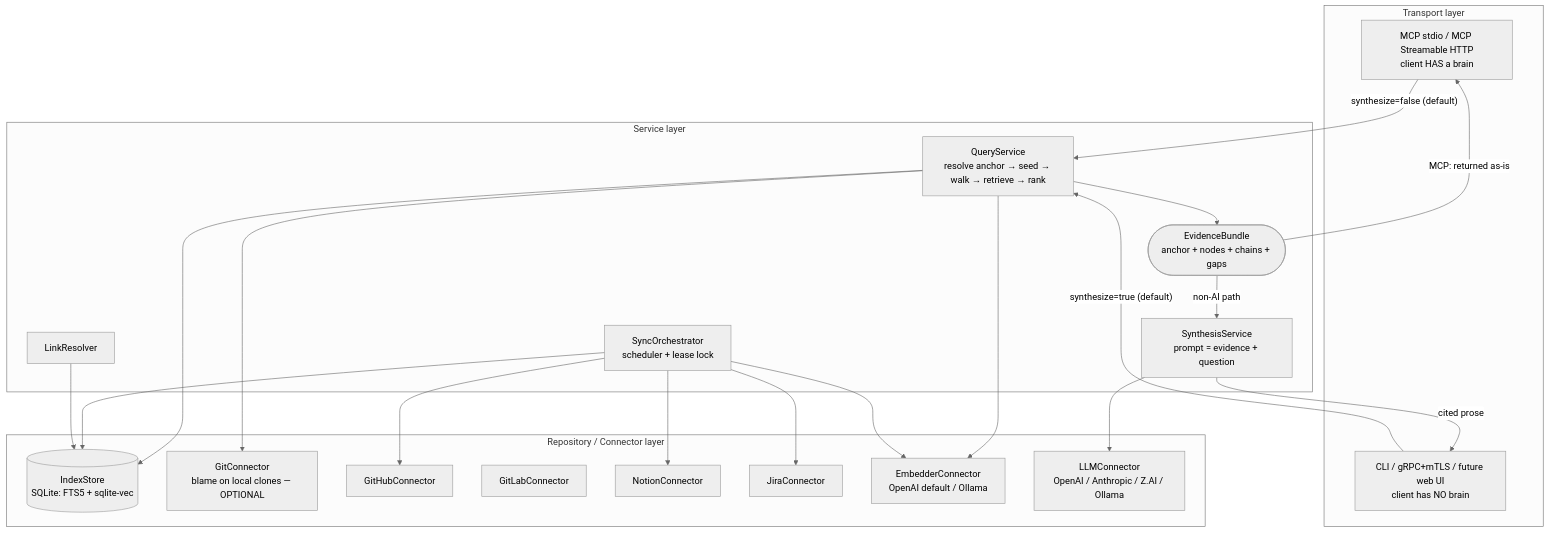
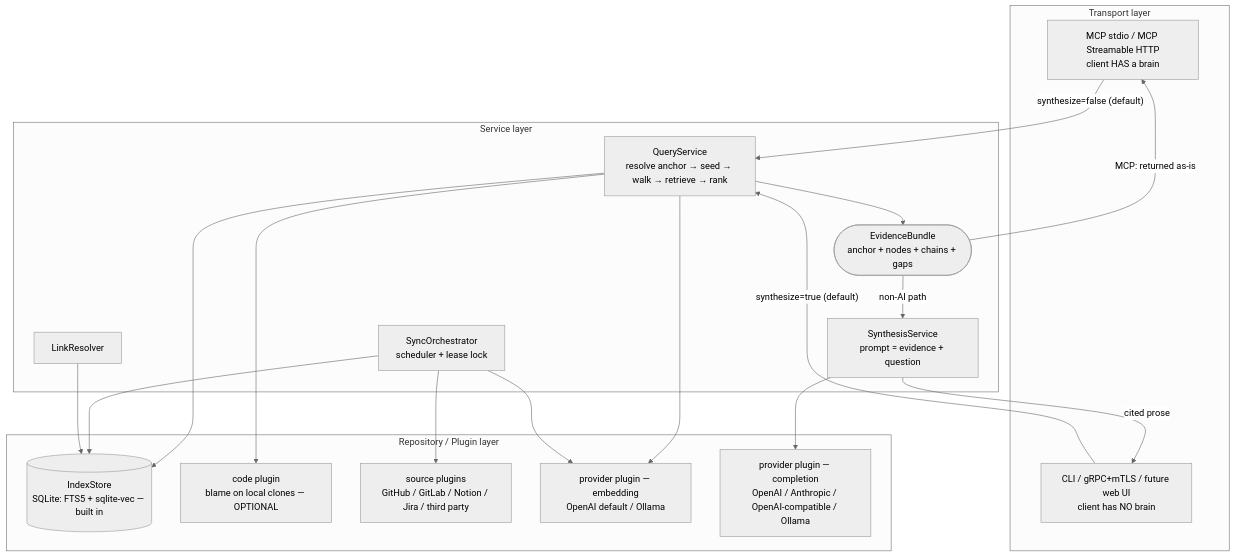
The first of 3 diagrams in docs/v3/02-architecture.md (setthasit/Lore), drawn with Mermaid (neutral theme) before and after one commit. The commit also changed other lines of this file and 462 other files, not shown here.

First line of the commit message:
Refactor to plugin architecture (#33)

````diff
--- a/docs/v3/02-architecture.md
+++ b/docs/v3/02-architecture.md
@@ -27,34 +43,31 @@
 ```mermaid
 flowchart TB
     subgraph T [Transport layer]
         MCP[MCP stdio / MCP Streamable HTTP<br/>client HAS a brain]
         NAI[CLI / gRPC+mTLS / future web UI<br/>client has NO brain]
     end
     subgraph S [Service layer]
         QS[QueryService<br/>resolve anchor → seed → walk → retrieve → rank]
         EB([EvidenceBundle<br/>anchor + nodes + chains + gaps])
         SY[SynthesisService<br/>prompt = evidence + question]
         SO[SyncOrchestrator<br/>scheduler + lease lock]
         LR[LinkResolver]
     end
-    subgraph RC [Repository / Connector layer]
-        ST[(IndexStore<br/>SQLite: FTS5 + sqlite-vec)]
-        GIT[GitConnector<br/>blame on local clones — OPTIONAL]
-        GHC[GitHubConnector]
-        GLC[GitLabConnector]
-        NTC[NotionConnector]
-        JRC[JiraConnector]
-        EMB[EmbedderConnector<br/>OpenAI default / Ollama]
-        LLM[LLMConnector<br/>OpenAI / Anthropic / Z.AI / Ollama]
+    subgraph RC [Repository / Plugin layer]
+        ST[(IndexStore<br/>SQLite: FTS5 + sqlite-vec — built in)]
+        GIT[code plugin<br/>blame on local clones — OPTIONAL]
+        SRC[source plugins<br/>GitHub / GitLab / Notion / Jira / third party]
+        EMB[provider plugin — embedding<br/>OpenAI default / Ollama]
+        LLM[provider plugin — completion<br/>OpenAI / Anthropic / OpenAI-compatible / Ollama]
     end
     MCP -->|"synthesize=false (default)"| QS
     NAI -->|"synthesize=true (default)"| QS
     QS --> ST & GIT & EMB
     QS --> EB
     EB -->|MCP: returned as-is| MCP
     EB -->|non-AI path| SY
     SY --> LLM
     SY -->|cited prose| NAI
-    SO --> GHC & NTC & JRC & EMB & ST
+    SO --> SRC & EMB & ST
     LR --> ST
 ```
````
